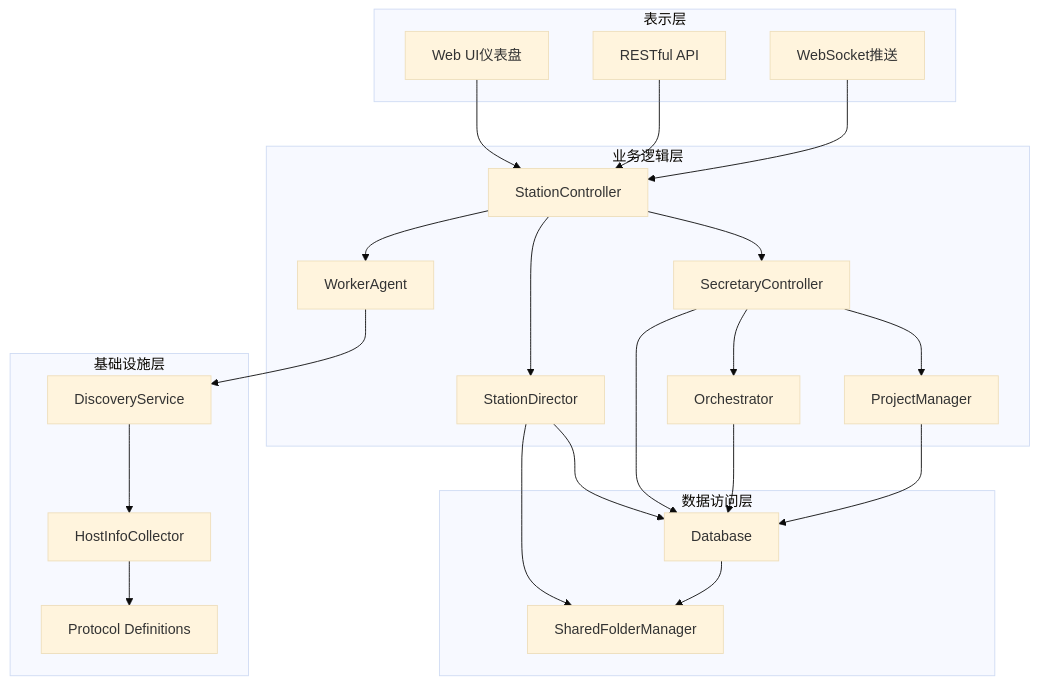
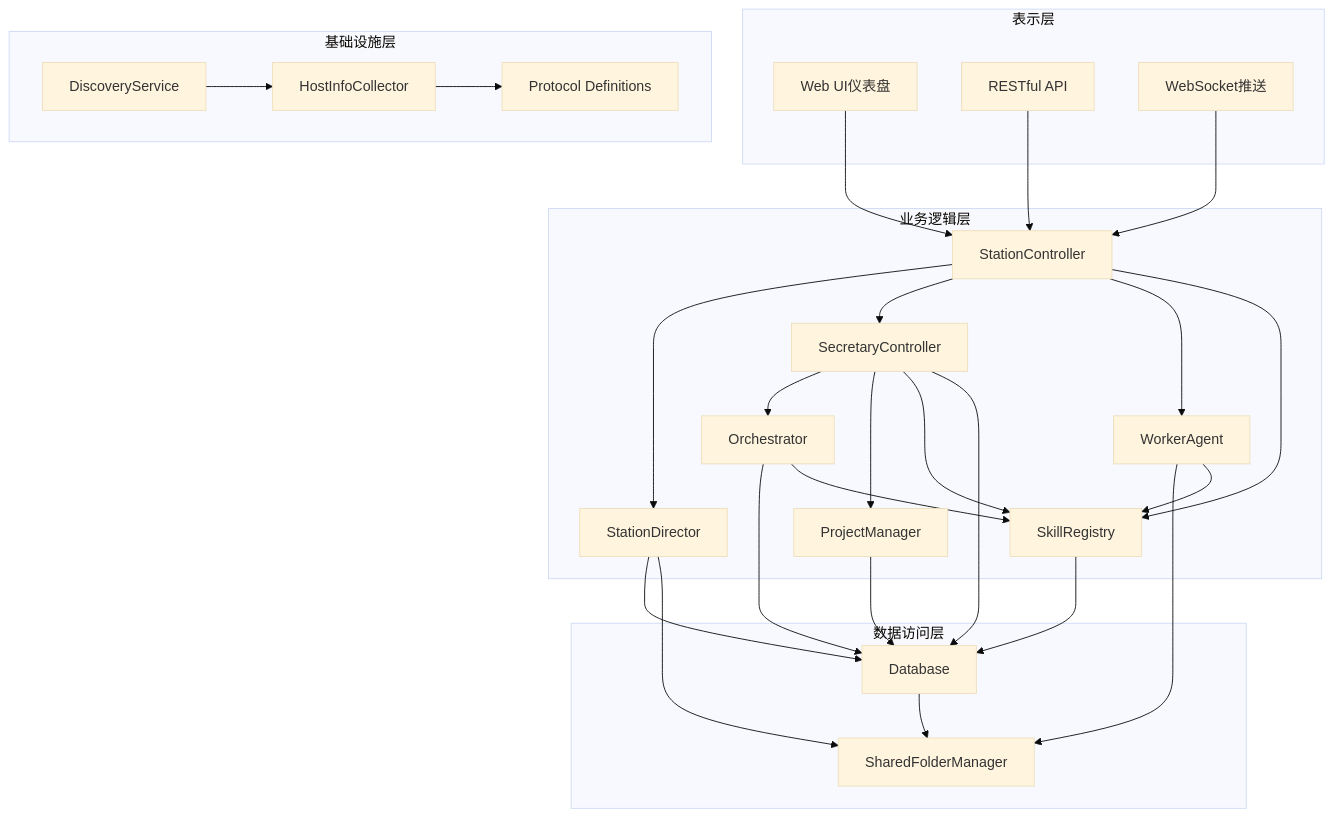
One commit to targalian/Personal-distributed-workstation changed the third of 16 diagrams in .qoder/repowiki/zh/content/核心模块/工作站管理模块.md. Above: the diagram before and after it, drawn with Mermaid (base theme). The commit also changed other lines of this file and 92 other files, not shown here.

````diff
--- a/.qoder/repowiki/zh/content/核心模块/工作站管理模块.md
+++ b/.qoder/repowiki/zh/content/核心模块/工作站管理模块.md
@@ -230,42 +261,48 @@
 ```mermaid
 graph TB
 subgraph "表示层"
 A[Web UI仪表盘]
 B[RESTful API]
 C[WebSocket推送]
 end
 subgraph "业务逻辑层"
 D[StationController]
 E[StationDirector]
 F[SecretaryController]
 G[WorkerAgent]
 H[Orchestrator]
 I[ProjectManager]
+J[SkillRegistry]
 end
 subgraph "数据访问层"
-J[Database]
-K[SharedFolderManager]
+K[Database]
+L[SharedFolderManager]
 end
 subgraph "基础设施层"
-L[DiscoveryService]
-M[HostInfoCollector]
-N[Protocol Definitions]
+M[DiscoveryService]
+N[HostInfoCollector]
+O[Protocol Definitions]
 end
 A --> D
 B --> D
 C --> D
 D --> E
 D --> F
 D --> G
-E --> J
+D --> J
 E --> K
+E --> L
 F --> H
 F --> I
 F --> J
+F --> K
 G --> L
+G --> J
+H --> K
 H --> J
-I --> J
+I --> K
 J --> K
-L --> M
+K --> L
 M --> N
+N --> O
 ```
````
